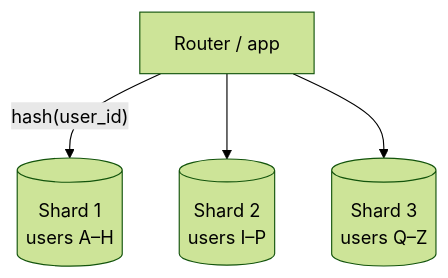
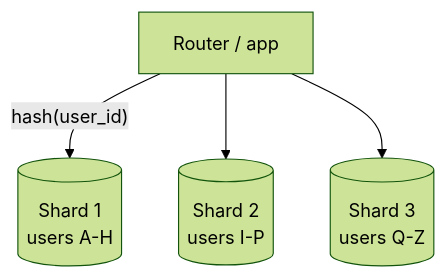
Before and after one commit to b-balakrishna/system-design: the diagram in phase-3-backend/topic-14-sharding.md, drawn with Mermaid (forest theme). The commit also changed other lines of this file and 165 other files, not shown here.

Commit message:
feat: add comprehensive system design documentation covering foundations, backend, frontend, distributed systems, and AI/ML architectures

````diff
--- a/phase-3-backend/topic-14-sharding.md
+++ b/phase-3-backend/topic-14-sharding.md
@@ -12,6 +12,6 @@
 ```mermaid
 flowchart TB
-    R[Router / app] -->|"hash(user_id)"| S1[(Shard 1<br/>users A–H)]
-    R --> S2[(Shard 2<br/>users I–P)]
-    R --> S3[(Shard 3<br/>users Q–Z)]
+    R[Router / app] -->|"hash(user_id)"| S1[(Shard 1<br/>users A-H)]
+    R --> S2[(Shard 2<br/>users I-P)]
+    R --> S3[(Shard 3<br/>users Q-Z)]
 ```
````
